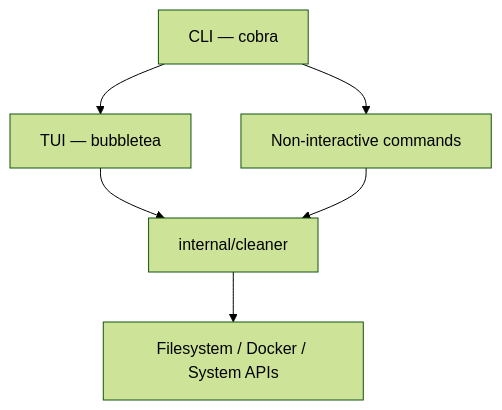
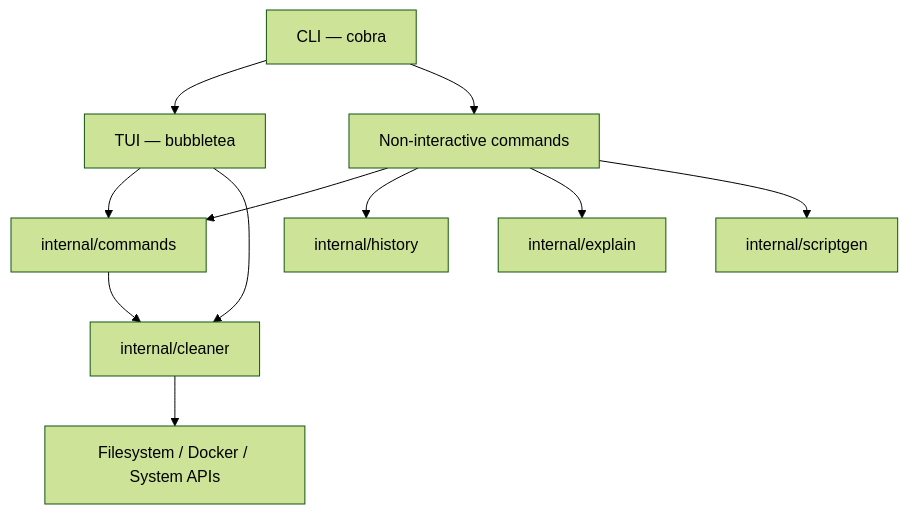
Before and after one commit to viniciussouzao/tidymymac: the first of 8 diagrams in docs/ARCHITECTURE.md, drawn with Mermaid (forest theme). The commit also changed other lines of this file, not shown here.

````diff
--- a/docs/ARCHITECTURE.md
+++ b/docs/ARCHITECTURE.md
@@ -37,8 +42,13 @@
 ```mermaid
 graph TD
     A[CLI — cobra] --> B[TUI — bubbletea]
     A --> C[Non-interactive commands]
-    B --> D[internal/cleaner]
-    C --> D
+    B --> CMD[internal/commands]
+    C --> CMD
+    CMD --> D[internal/cleaner]
+    B --> D
     D --> E[Filesystem / Docker / System APIs]
+    C --> H[internal/history]
+    C --> EXP[internal/explain]
+    C --> SG[internal/scriptgen]
 ```
````
